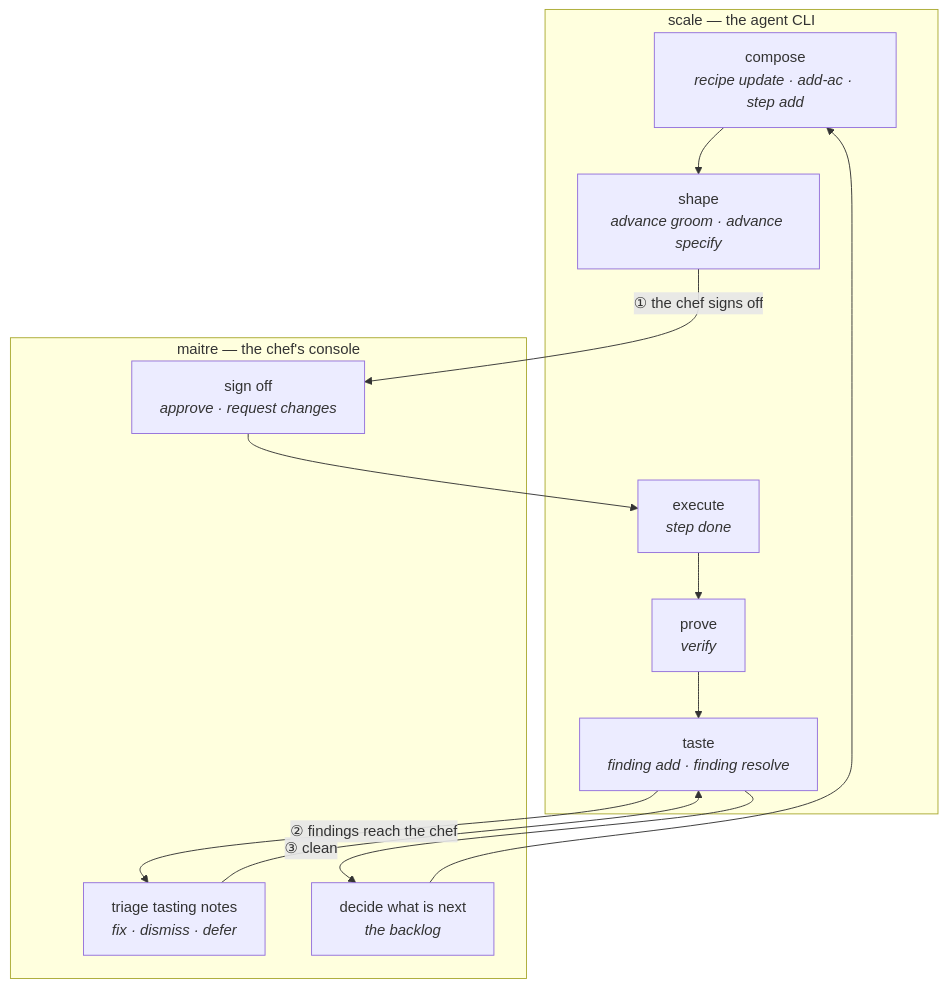
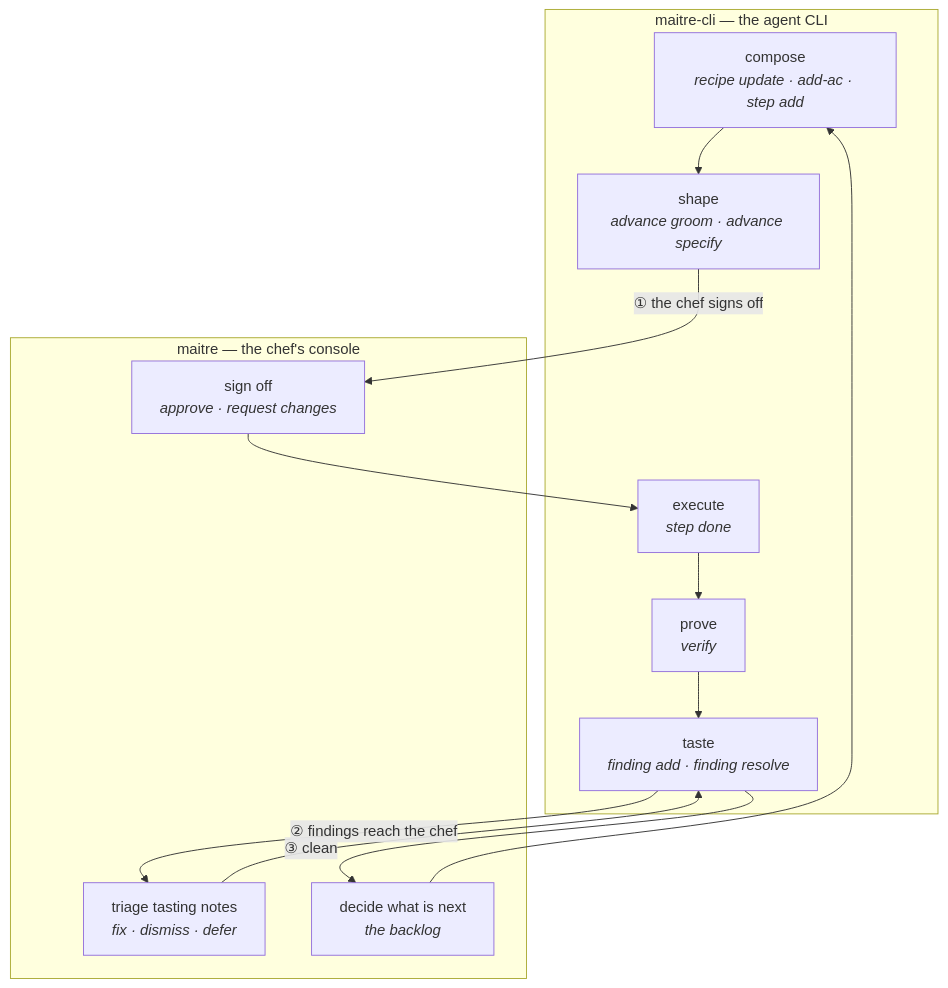
The first of 2 diagrams in docs/04-operations.md (lthiagol/maitre), drawn with Mermaid before and after one commit. The commit also changed other lines of this file and 23 other files, not shown here.

````diff
--- a/docs/04-operations.md
+++ b/docs/04-operations.md
@@ -19,26 +19,26 @@
 ```mermaid
 flowchart TB
-    subgraph agent["scale — the agent CLI"]
+    subgraph agent["maitre-cli — the agent CLI"]
         A["compose<br/><i>recipe update · add-ac · step add</i>"]
         B["shape<br/><i>advance groom · advance specify</i>"]
         C["execute<br/><i>step done</i>"]
         D["prove<br/><i>verify</i>"]
         E["taste<br/><i>finding add · finding resolve</i>"]
     end
 
     subgraph human["maitre — the chef's console"]
         G["sign off<br/><i>approve · request changes</i>"]
         H["triage tasting notes<br/><i>fix · dismiss · defer</i>"]
         I["decide what is next<br/><i>the backlog</i>"]
     end
 
     A --> B
     B -->|"① the chef signs off"| G
     G --> C
     C --> D
     D --> E
     E -->|"② findings reach the chef"| H
     H --> E
     E -->|"③ clean"| I
     I --> A
 ```
````
